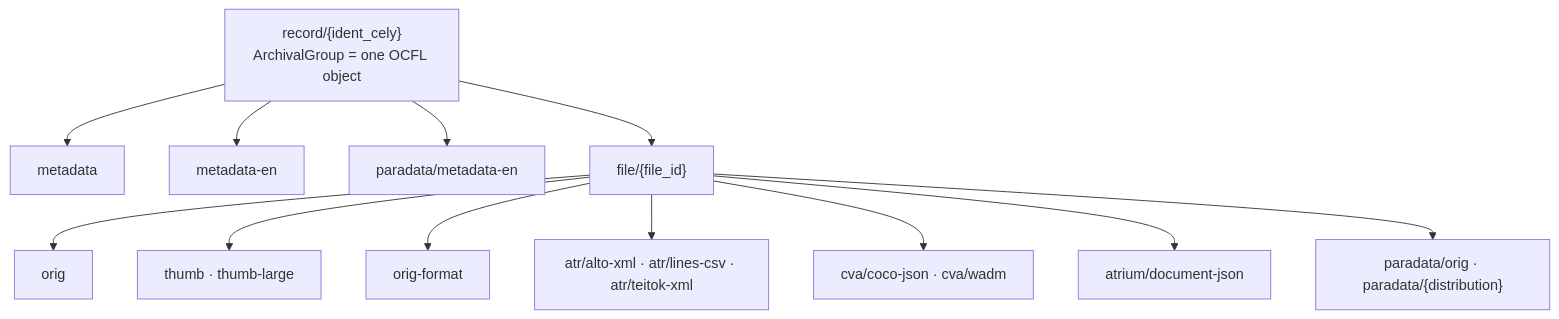
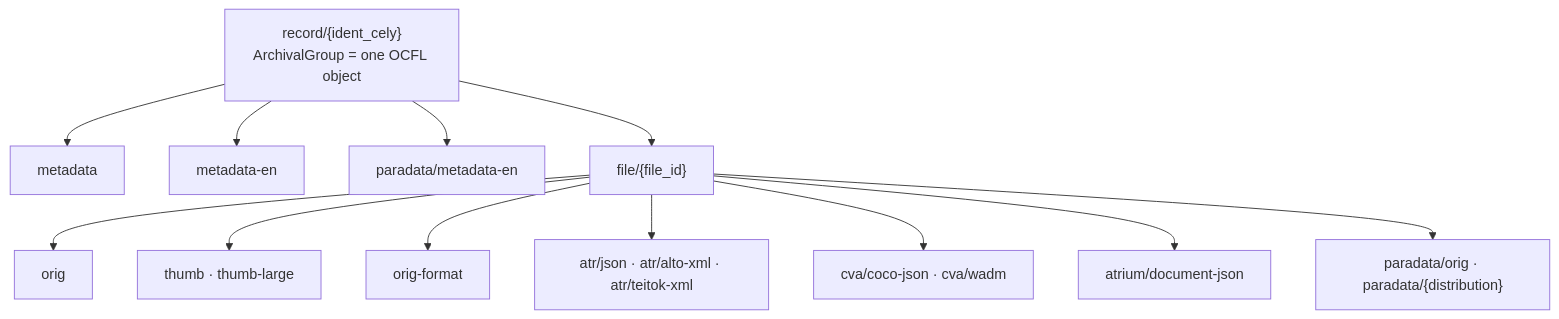
The first of 5 diagrams in docs/source/06_funkcionalita/ukladani_souboru.rst (ARUP-CAS/aiscr-webamcr), drawn with Mermaid before and after one commit. The commit also changed other lines of this file, not shown here.

First line of the commit message:
Drop atr/lines-csv, add atr/json to the storage contract

```diff
--- a/docs/source/06_funkcionalita/ukladani_souboru.rst
+++ b/docs/source/06_funkcionalita/ukladani_souboru.rst
@@ -48,15 +48,15 @@
 .. mermaid::
    :align: center
 
    flowchart TD
        R["record/{ident_cely}<br/>ArchivalGroup = one OCFL object"] --> M["metadata"]
        R --> ME["metadata-en"]
        R --> RP["paradata/metadata-en"]
        R --> F["file/{file_id}"]
        F --> O["orig"]
        F --> T["thumb · thumb-large"]
        F --> OF["orig-format"]
-       F --> AT["atr/alto-xml · atr/lines-csv · atr/teitok-xml"]
+       F --> AT["atr/json · atr/alto-xml · atr/teitok-xml"]
        F --> CV["cva/coco-json · cva/wadm"]
        F --> DJ["atrium/document-json"]
        F --> P["paradata/orig · paradata/{distribution}"]
```
